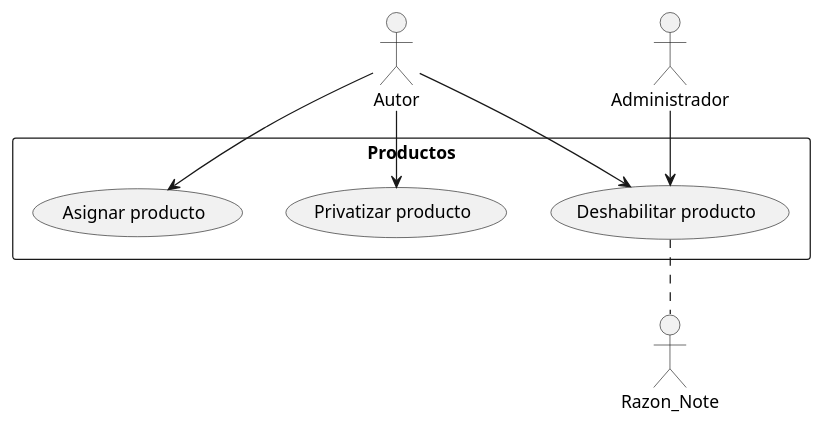
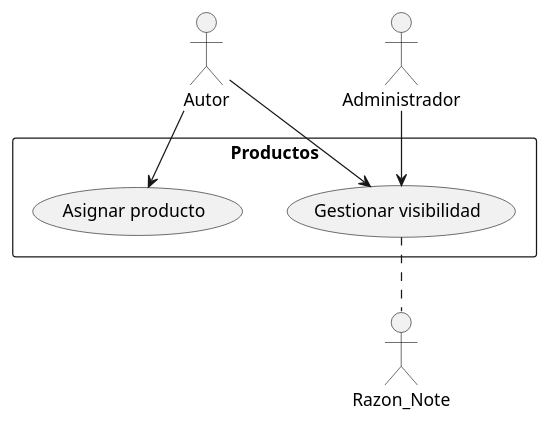
One commit to PricedTuna/leairn-uc changed the diagram in uc5_products.puml. Above: the diagram before and after it, drawn with PlantUML. The commit also changed 5 other files, not shown here.

```diff
--- a/uc5_products.puml
+++ b/uc5_products.puml
@@ -1,13 +1,11 @@
 ' UC5 - Productos
 rectangle "Productos" {
-  usecase "Privatizar producto"   as UC5_1
-  usecase "Asignar producto"      as UC5_2
-  usecase "Deshabilitar producto" as UC5_3
+  usecase "Asignar producto"      as UC5_1
+  usecase "Gestionar visibilidad" as UC5_2
 }
 
-UC5_3 .. Razon_Note
+UC5_2 .. Razon_Note
 
 Autor         --> UC5_1
 Autor         --> UC5_2
-Autor         --> UC5_3
-Administrador --> UC5_3
+Administrador --> UC5_2
```
